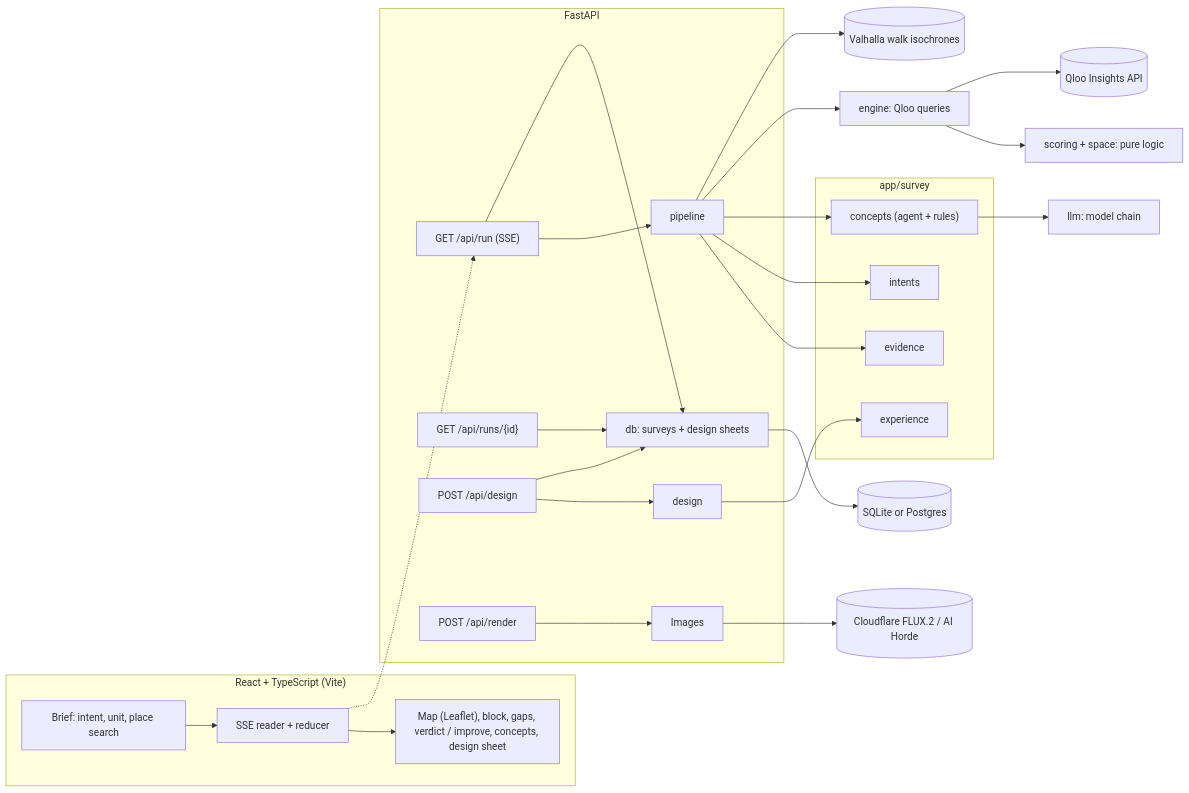
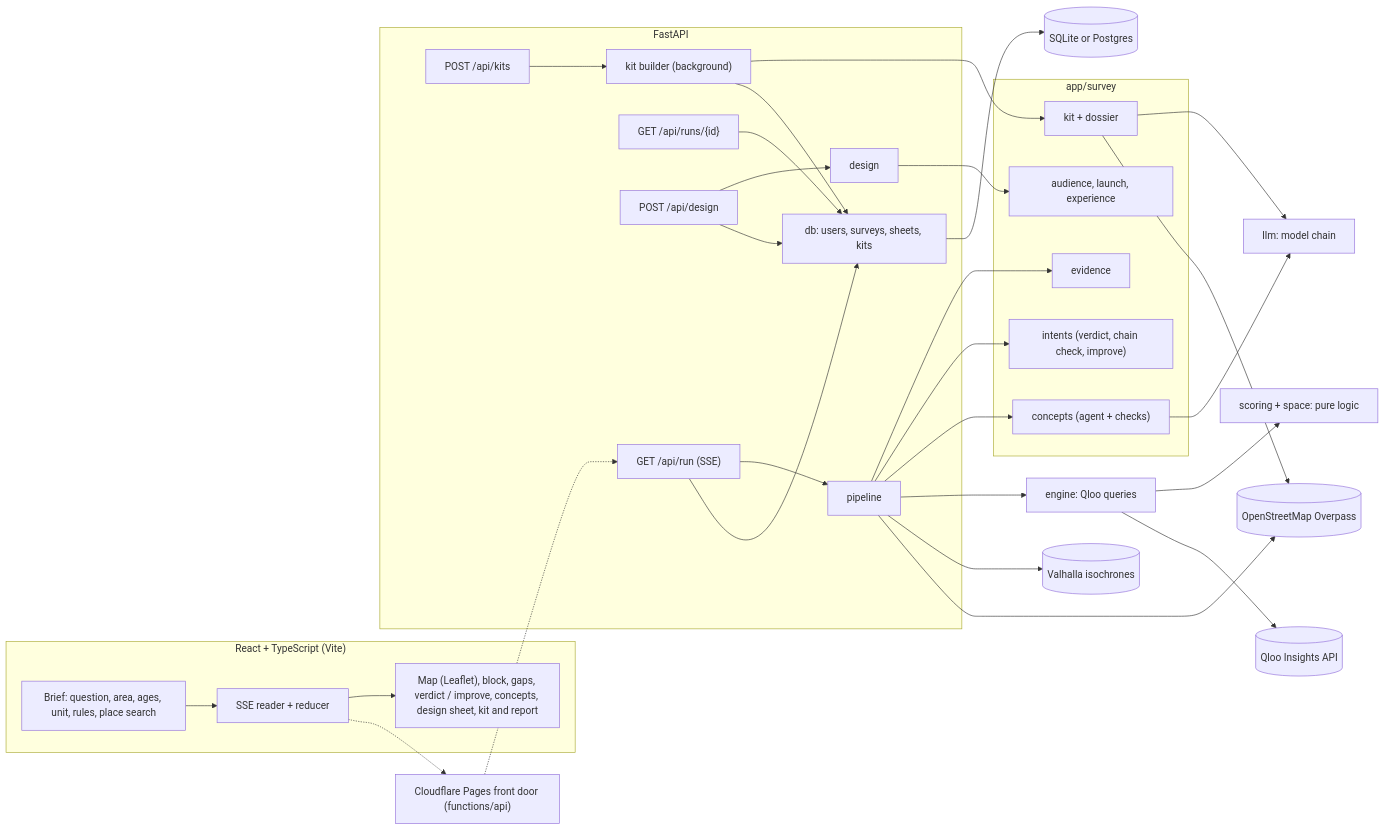
Before and after one commit to AhmedOsamaAli/walk-in: the diagram in README.md, drawn with Mermaid. The commit also changed other lines of this file, not shown here.

````diff
--- a/README.md
+++ b/README.md
@@ -69,29 +163,34 @@
 ```mermaid
 flowchart LR
   subgraph Browser["React + TypeScript (Vite)"]
-    UI["Brief: intent, unit, place search"] --> Stream["SSE reader + reducer"]
-    Stream --> Views["Map (Leaflet), block, gaps, verdict / improve, concepts, design sheet"]
+    UI["Brief: question, area, ages, unit, rules, place search"] --> Stream["SSE reader + reducer"]
+    Stream --> Views["Map (Leaflet), block, gaps, verdict / improve, concepts, design sheet, kit and report"]
   end
+  Front["Cloudflare Pages front door (functions/api)"]
   subgraph API["FastAPI"]
     Run["GET /api/run (SSE)"] --> Pipeline
     Record["GET /api/runs/{id}"] --> Store
     Design["POST /api/design"] --> Sheets
-    Render["POST /api/render"] --> Images
+    Kits["POST /api/kits"] --> Builder["kit builder (background)"]
   end
   subgraph Survey["app/survey"]
     Pipeline["pipeline"] --> Evidence["evidence"]
-    Pipeline --> Intents["intents"]
-    Pipeline --> Concepts["concepts (agent + rules)"]
-    Sheets["design"] --> Experience["experience"]
+    Pipeline --> Intents["intents (verdict, chain check, improve)"]
+    Pipeline --> Concepts["concepts (agent + checks)"]
+    Sheets["design"] --> Plans["audience, launch, experience"]
+    Builder --> Kit["kit + dossier"]
   end
   Engine["engine: Qloo queries"] --> Scoring["scoring + space: pure logic"]
   Pipeline --> Engine
   Concepts --> LLM["llm: model chain"]
+  Kit --> LLM
   Engine --> Qloo[("Qloo Insights API")]
-  Pipeline --> Walk[("Valhalla walk isochrones")]
-  Images --> Gen[("Cloudflare FLUX.2 / AI Horde")]
-  Run --> Store["db: surveys + design sheets"]
+  Pipeline --> Walk[("Valhalla isochrones")]
+  Pipeline --> OSM[("OpenStreetMap Overpass")]
+  Kit --> OSM
+  Run --> Store["db: users, surveys, sheets, kits"]
   Design --> Store
+  Builder --> Store
   Store --> Database[("SQLite or Postgres")]
-  Stream -.-> Run
+  Stream -.-> Front -.-> Run
 ```
````
